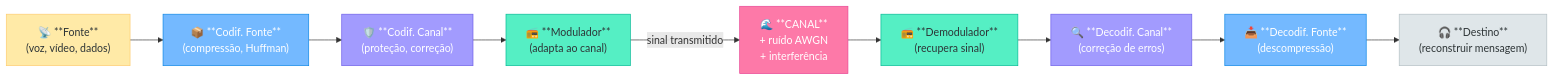
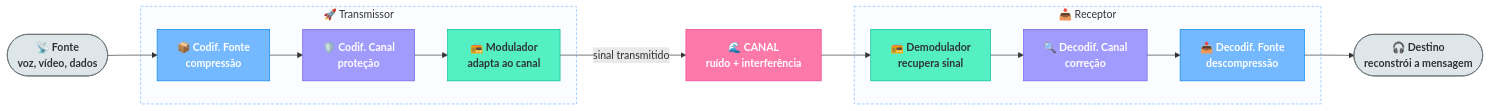
The second of 7 diagrams in 2026_2/com/00_aula_introducao.md (lseman/lseman.github.io), drawn with Mermaid before and after one commit. The commit also changed other lines of this file and 77 other files, not shown here.

````diff
--- a/2026_2/com/00_aula_introducao.md
+++ b/2026_2/com/00_aula_introducao.md
@@ -107,21 +181,35 @@
 ```mermaid
 flowchart LR
-    F["📡 **Fonte**\n(voz, vídeo, dados)"] --> CF["📦 **Codif. Fonte**\n(compressão, Huffman)"]
-    CF --> CC["🛡️ **Codif. Canal**\n(proteção, correção)"]
-    CC --> M["📻 **Modulador**\n(adapta ao canal)"]
-    M -->|sinal transmitido| Ch["🌊 **CANAL**\n+ ruído AWGN\n+ interferência"]
-    Ch --> Dm["📻 **Demodulador**\n(recupera sinal)"]
-    Dm --> DC["🔍 **Decodif. Canal**\n(correção de erros)"]
-    DC --> DF["📥 **Decodif. Fonte**\n(descompressão)"]
-    DF --> D["🎧 **Destino**\n(reconstruir mensagem)"]
+    F(["📡 <b>Fonte</b><br/>voz, vídeo, dados"]) --> CF["📦 <b>Codif. Fonte</b><br/>compressão"]
 
-    style F fill:#ffeaa7,stroke:#fdcb6e,color:#2d3436
-    style Ch fill:#fd79a8,stroke:#e84393,color:#ffffff
-    style D fill:#dfe6e9,stroke:#b2bec3,color:#2d3436
-    style CF fill:#74b9ff,stroke:#0984e3,color:#ffffff
-    style CC fill:#a29bfe,stroke:#6c5ce7,color:#ffffff
-    style M fill:#55efc4,stroke:#00b894,color:#2d3436
-    style Dm fill:#55efc4,stroke:#00b894,color:#2d3436
-    style DC fill:#a29bfe,stroke:#6c5ce7,color:#ffffff
-    style DF fill:#74b9ff,stroke:#0984e3,color:#ffffff
+    subgraph TX["🚀 Transmissor"]
+        CF --> CC["🛡️ <b>Codif. Canal</b><br/>proteção"]
+        CC --> M["📻 <b>Modulador</b><br/>adapta ao canal"]
+    end
+
+    M -->|sinal transmitido| Ch["🌊 <b>CANAL</b><br/>ruído + interferência"]
+
+    Ch --> Dm["📻 <b>Demodulador</b><br/>recupera sinal"]
+
+    subgraph RX["📥 Receptor"]
+        Dm --> DC["🔍 <b>Decodif. Canal</b><br/>correção"]
+        DC --> DF["📤 <b>Decodif. Fonte</b><br/>descompressão"]
+    end
+
+    DF --> D(["🎧 <b>Destino</b><br/>reconstrói a mensagem"])
+
+    classDef endpoint fill:#dfe6e9,stroke:#636e72,color:#2d3436,font-weight:bold
+    classDef sourceCoder fill:#74b9ff,stroke:#0984e3,color:#ffffff,font-weight:bold
+    classDef channelCoder fill:#a29bfe,stroke:#6c5ce7,color:#ffffff,font-weight:bold
+    classDef modem fill:#55efc4,stroke:#00b894,color:#2d3436,font-weight:bold
+    classDef channel fill:#fd79a8,stroke:#e84393,color:#ffffff,font-weight:bold
+
+    class F,D endpoint
+    class CF,DF sourceCoder
+    class CC,DC channelCoder
+    class M,Dm modem
+    class Ch channel
+
+    style TX fill:#dfe6ff20,stroke:#74b9ff,stroke-dasharray: 4 3
+    style RX fill:#dfe6ff20,stroke:#74b9ff,stroke-dasharray: 4 3
 ```
````
